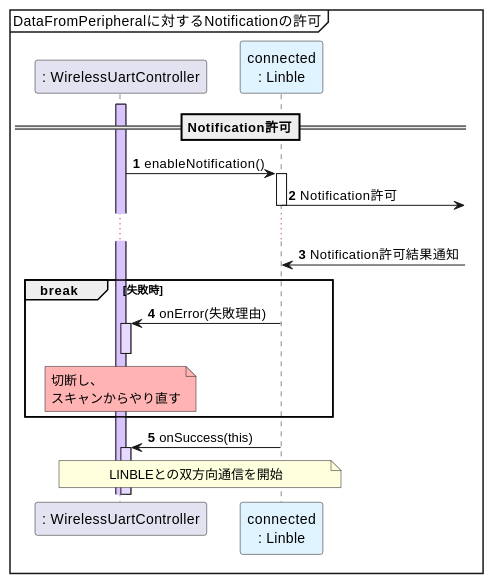
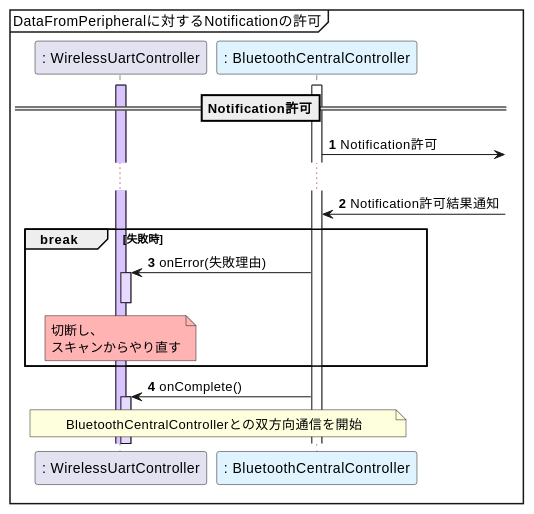
One commit to musen-connect-inc/linble-sample-wireless-uart changed the eighth of 16 diagrams in plantuml.md. Above: the diagram before and after it, drawn with PlantUML. The commit also changed other lines of this file and 29 other files, not shown here.

````diff
--- a/plantuml.md
+++ b/plantuml.md
@@ -339,39 +308,36 @@
 ```plantuml
 @startuml sequence_enable_notification_from_dfp
 
 mainframe DataFromPeripheralに対するNotificationの許可
 
 participant ": WirelessUartController" as WirelessUartController
-participant "connected\n: Linble" as Linble #e0f4ff
+participant ": BluetoothCentralController" as BluetoothCentralController #e0f4ff
 
 autonumber
 
 ==Notification許可==
 activate WirelessUartController #dac4ff
 
-WirelessUartController -> Linble: enableNotification()
-activate Linble
-Linble ->]: Notification許可
-
-deactivate Linble
+activate BluetoothCentralController
+BluetoothCentralController ->]: Notification許可
 
 ...
 
-Linble <-]: Notification許可結果通知
+BluetoothCentralController <-]: Notification許可結果通知
 
 break 失敗時
 
-WirelessUartController <- Linble: onError(失敗理由)
+WirelessUartController <- BluetoothCentralController: onError(失敗理由)
 activate WirelessUartController #e7d9ff
 note over WirelessUartController #ffb3b3: 切断し、\nスキャンからやり直す
 deactivate WirelessUartController
 
 end
 
-WirelessUartController <- Linble: onSuccess(this)
+WirelessUartController <- BluetoothCentralController: onComplete()
 activate WirelessUartController #e7d9ff
 
-note over WirelessUartController, Linble: LINBLEとの双方向通信を開始
+note over WirelessUartController, BluetoothCentralController: BluetoothCentralControllerとの双方向通信を開始
 
 @enduml
 ```
````
